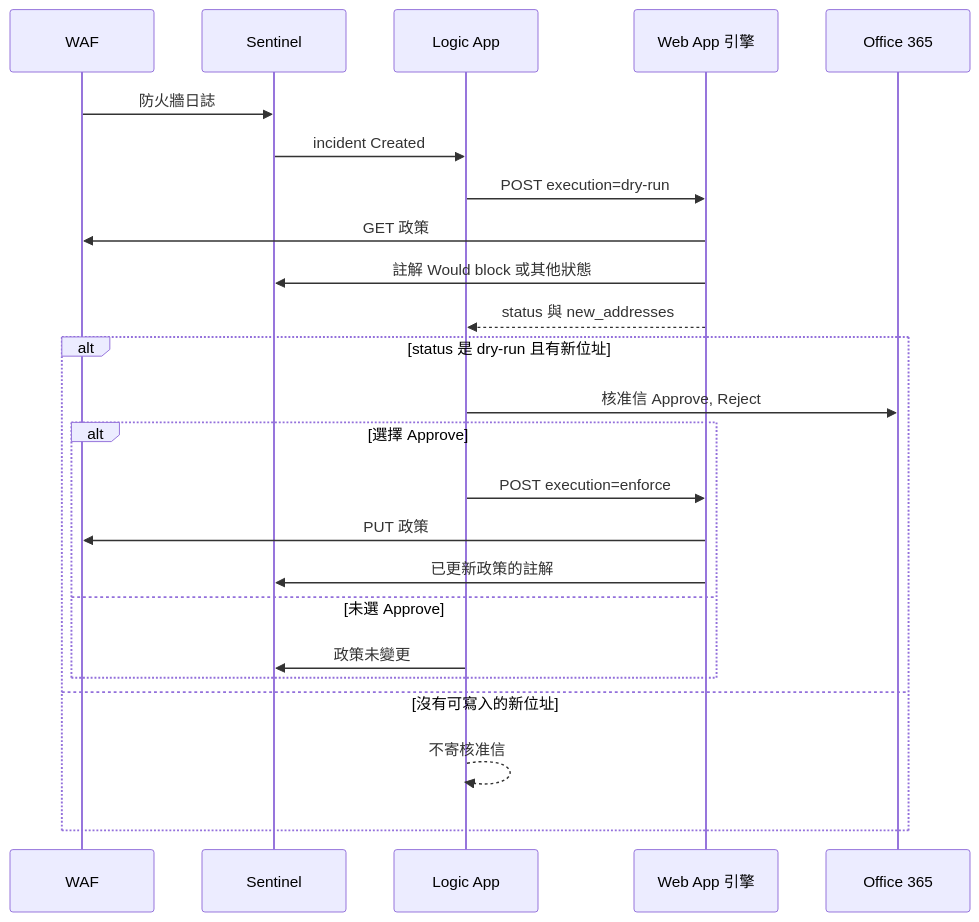
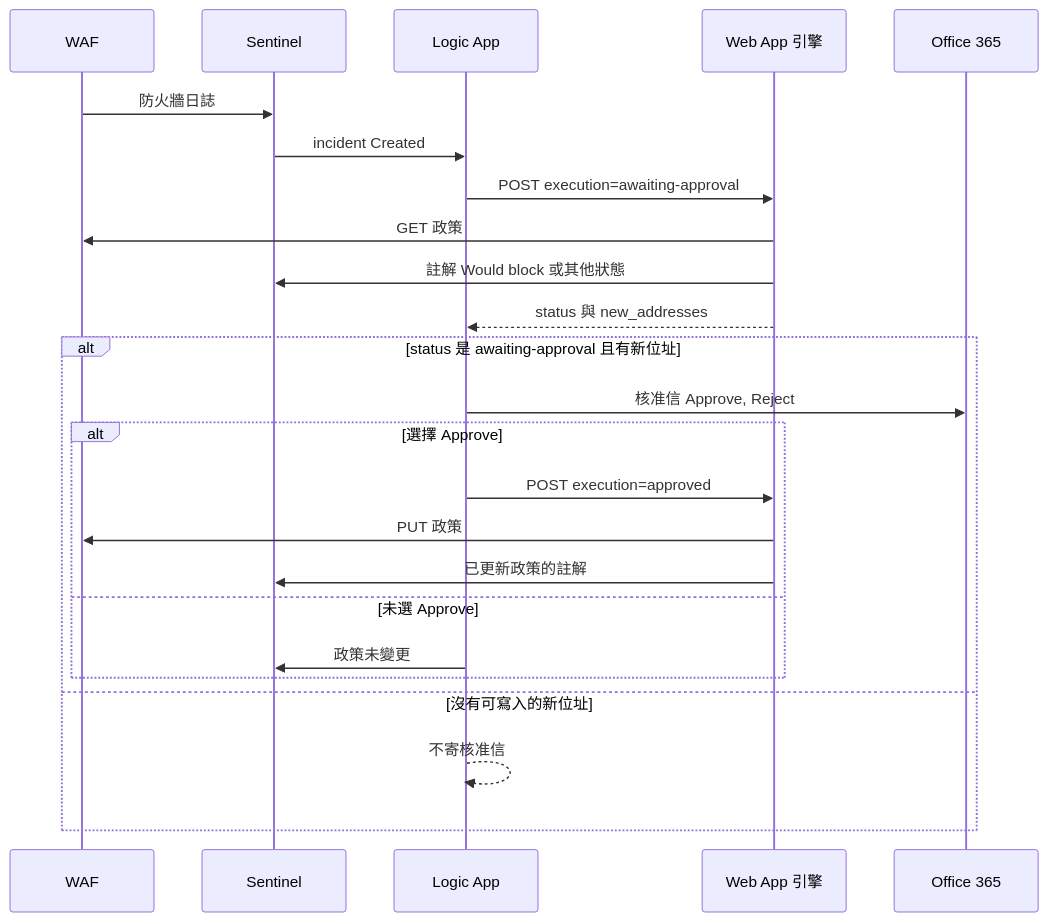
Before and after one commit to chw2054/ase-sentinel-poc: the second of 2 diagrams in docs/ase/ASE-Sentinel-System-Design-Specification.md, drawn with Mermaid. The commit also changed other lines of this file and 2 other files, not shown here.

````diff
--- a/docs/ase/ASE-Sentinel-System-Design-Specification.md
+++ b/docs/ase/ASE-Sentinel-System-Design-Specification.md
@@ -180,26 +180,26 @@
 ```mermaid
 sequenceDiagram
   participant W as WAF
   participant S as Sentinel
   participant L as Logic App
   participant A as Web App 引擎
   participant M as Office 365
   W->>S: 防火牆日誌
   S->>L: incident Created
-  L->>A: POST execution=dry-run
+  L->>A: POST execution=awaiting-approval
   A->>W: GET 政策
   A->>S: 註解 Would block 或其他狀態
   A-->>L: status 與 new_addresses
-  alt status 是 dry-run 且有新位址
+  alt status 是 awaiting-approval 且有新位址
     L->>M: 核准信 Approve, Reject
     alt 選擇 Approve
-      L->>A: POST execution=enforce
+      L->>A: POST execution=approved
       A->>W: PUT 政策
       A->>S: 已更新政策的註解
     else 未選 Approve
       L->>S: 政策未變更
     end
   else 沒有可寫入的新位址
     L-->>L: 不寄核准信
   end
 ```
````
